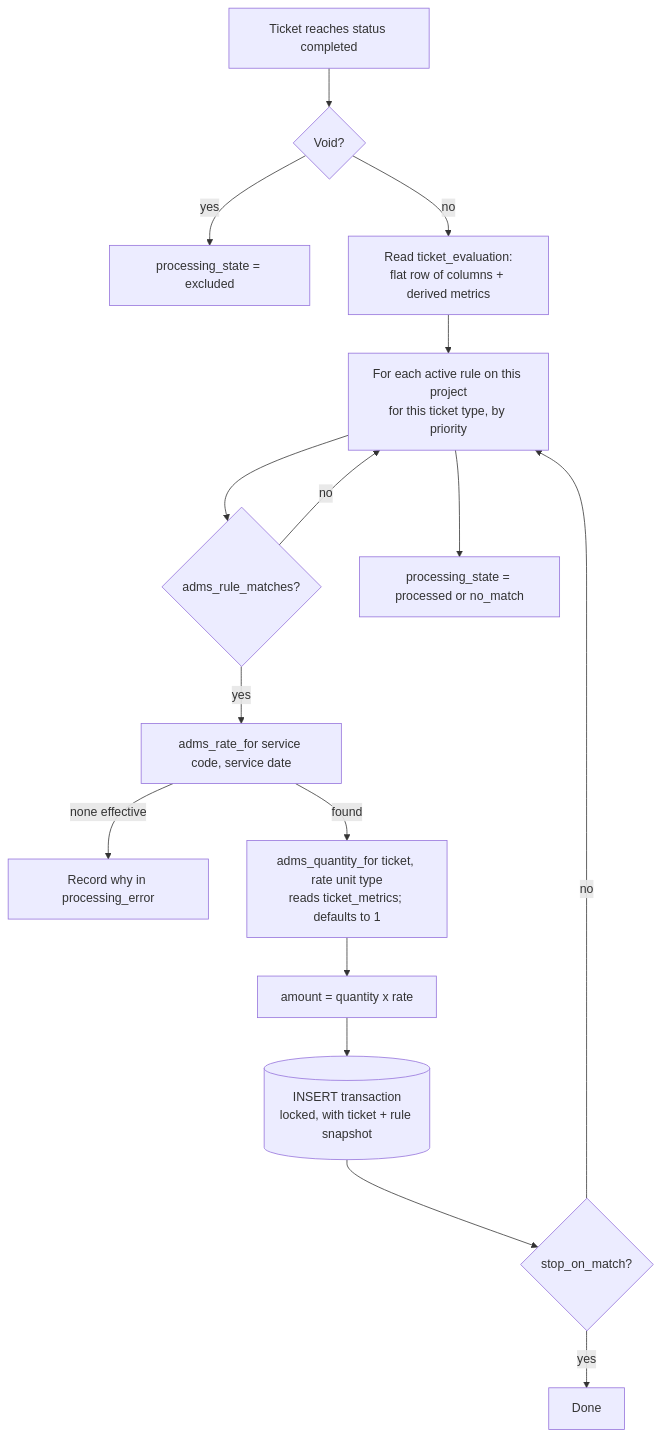
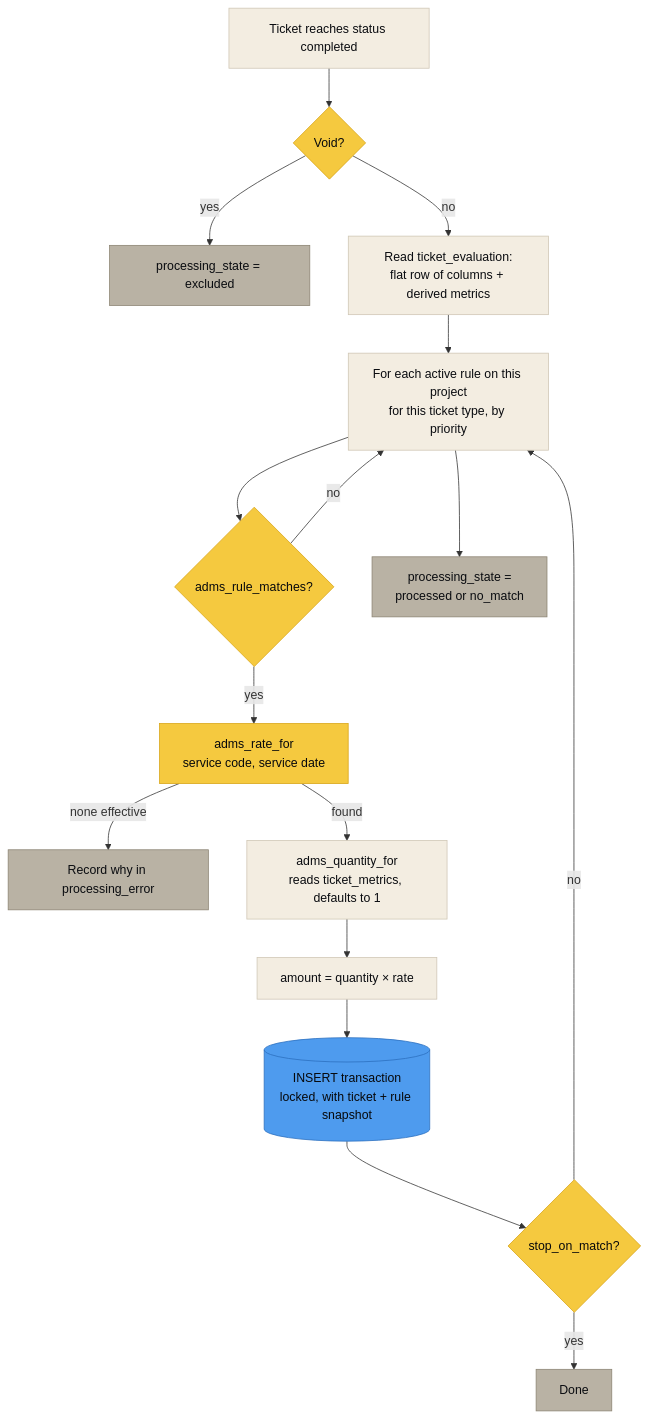
Before and after one commit to MrRyanAlexander/openadms: the second of 3 diagrams in docs/ERD.md, drawn with Mermaid. The commit also changed other lines of this file and 37 other files, not shown here.

````diff
--- a/docs/ERD.md
+++ b/docs/ERD.md
@@ -56,18 +76,27 @@
 ```mermaid
 flowchart TD
-    A[Ticket reaches status completed] --> B{Void?}
-    B -- yes --> Z[processing_state = excluded]
-    B -- no --> C[Read ticket_evaluation:<br/>flat row of columns + derived metrics]
-    C --> D[For each active rule on this project<br/>for this ticket type, by priority]
-    D --> E{adms_rule_matches?}
+    A["Ticket reaches status completed"] --> B{"Void?"}
+    B -- yes --> Z["processing_state = excluded"]
+    B -- no --> C["Read ticket_evaluation:<br/>flat row of columns + derived metrics"]
+    C --> D["For each active rule on this project<br/>for this ticket type, by priority"]
+    D --> E{"adms_rule_matches?"}
     E -- no --> D
-    E -- yes --> F[adms_rate_for service code, service date]
-    F -- none effective --> G[Record why in processing_error]
-    F -- found --> H[adms_quantity_for ticket, rate unit type<br/>reads ticket_metrics; defaults to 1]
-    H --> I[amount = quantity x rate]
-    I --> J[(INSERT transaction<br/>locked, with ticket + rule snapshot)]
-    J --> K{stop_on_match?}
+    E -- yes --> F["adms_rate_for<br/>service code, service date"]
+    F -- "none effective" --> G["Record why in processing_error"]
+    F -- found --> H["adms_quantity_for<br/>reads ticket_metrics, defaults to 1"]
+    H --> I["amount = quantity × rate"]
+    I --> J[("INSERT transaction<br/>locked, with ticket + rule snapshot")]
+    J --> K{"stop_on_match?"}
     K -- no --> D
-    K -- yes --> L[Done]
-    D --> M[processing_state = processed or no_match]
+    K -- yes --> L["Done"]
+    D --> M["processing_state =<br/>processed or no_match"]
+
+    classDef paper fill:#F3EDE1,stroke:#CFC6B5,color:#0A0C10
+    classDef yellow fill:#F5C93F,stroke:#D9A517,color:#07090C
+    classDef blue fill:#4E9BEE,stroke:#2C6FBF,color:#07090C
+    classDef mute fill:#B9B2A4,stroke:#8C8473,color:#0A0C10
+    class A,C,D,H,I paper
+    class E,F,K,B yellow
+    class J blue
+    class G,M,L,Z mute
 ```
````
